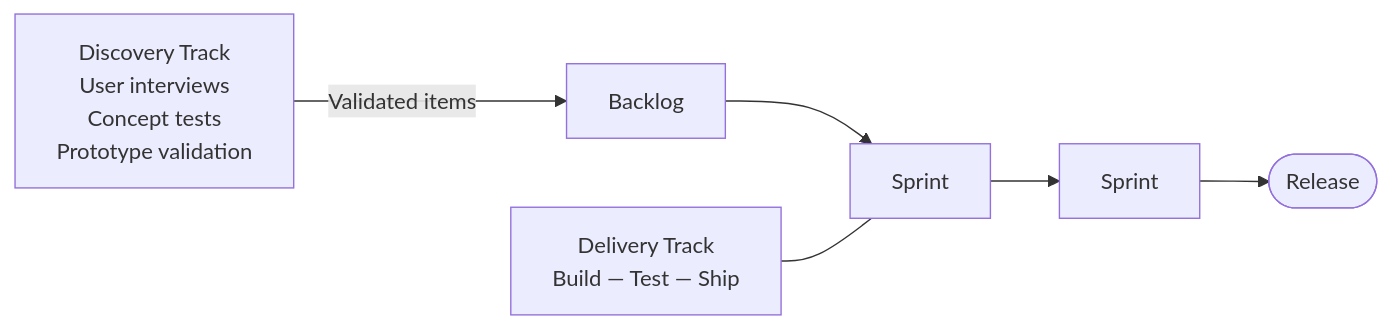
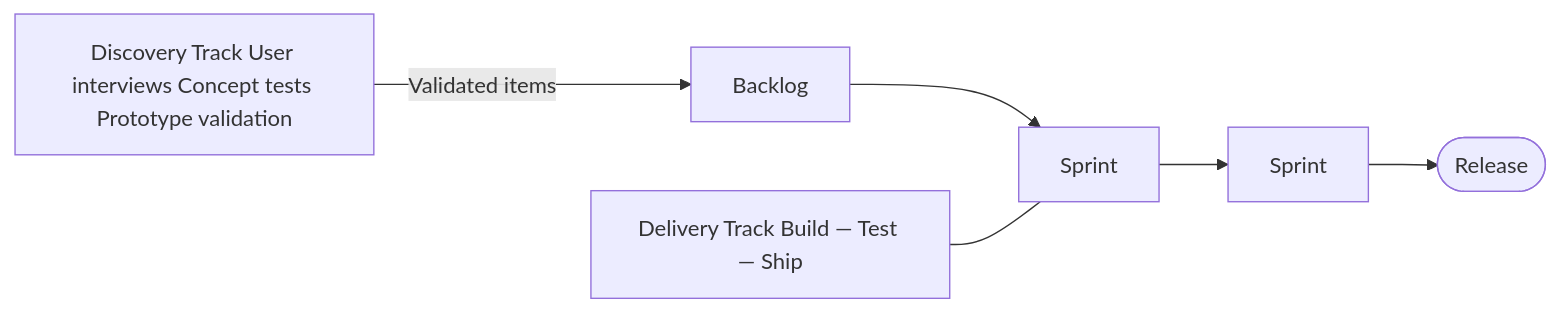
The third of 7 diagrams in .cursor/skills/01-product-discovery/pdlc-frameworks.md (ivanyeors/product-agentic-templates), drawn with Mermaid before and after one commit. The commit also changed other lines of this file and 39 other files, not shown here.

````diff
--- a/.cursor/skills/01-product-discovery/pdlc-frameworks.md
+++ b/.cursor/skills/01-product-discovery/pdlc-frameworks.md
@@ -76,8 +76,8 @@
 ```mermaid
 flowchart LR
-    disc["Discovery Track\nUser interviews\nConcept tests\nPrototype validation"] -->|Validated items| backlog[Backlog]
+    disc["Discovery Track User interviews Concept tests Prototype validation"] -->|Validated items| backlog[Backlog]
     backlog --> s1[Sprint]
     s1 --> s2[Sprint]
     s2 --> release([Release])
-    deliver["Delivery Track\nBuild — Test — Ship"] --- s1
+    deliver["Delivery Track Build — Test — Ship"] --- s1
 ```
````
